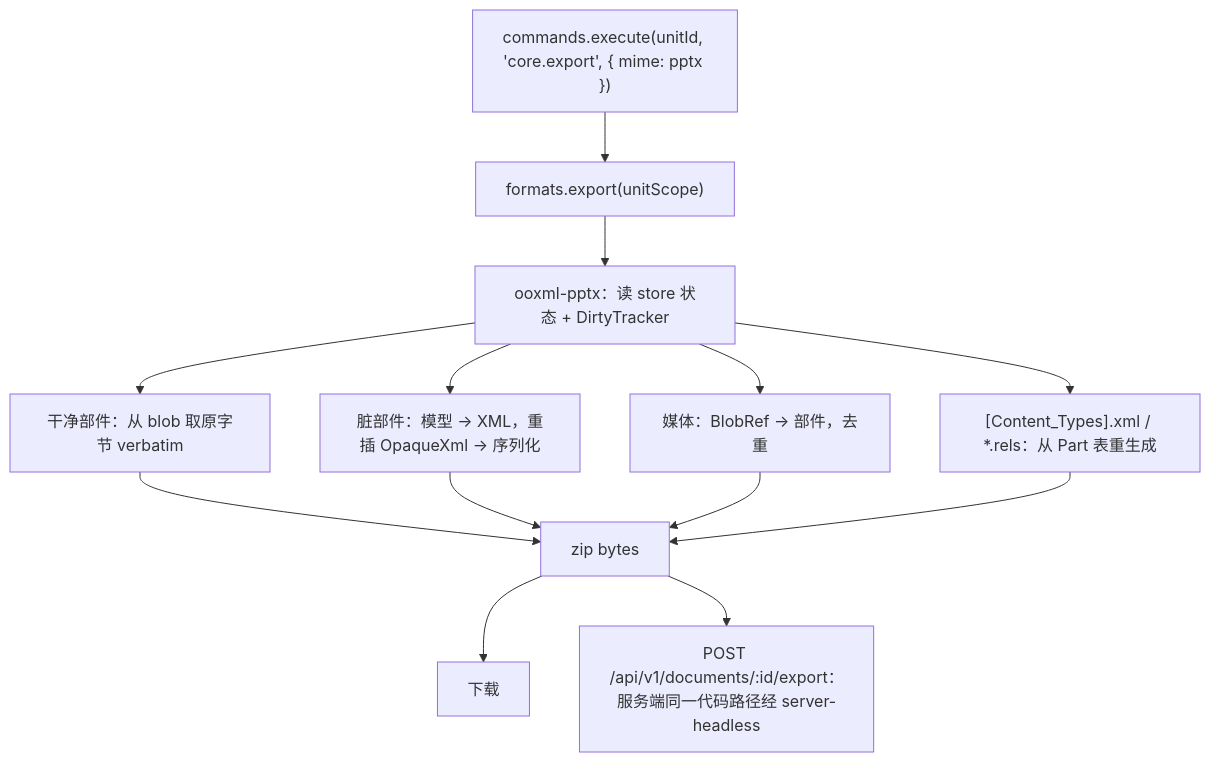
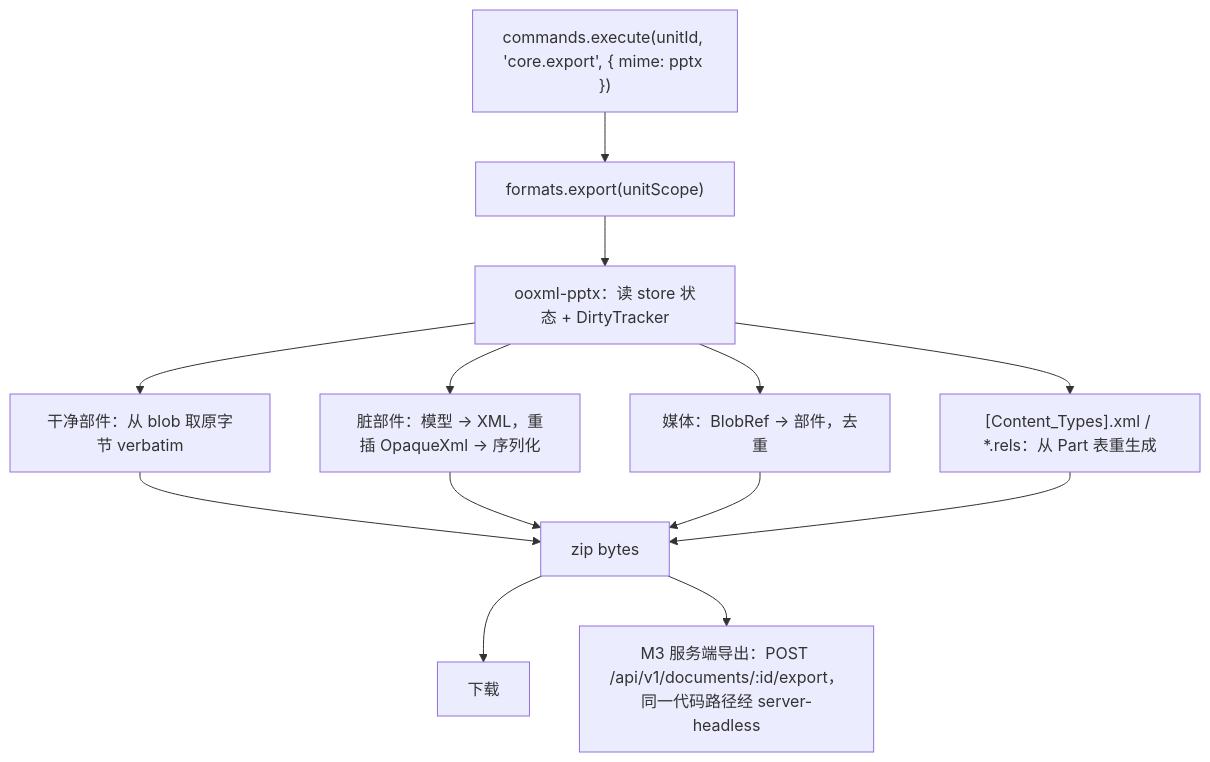
The ninth of 10 diagrams in docs/30-architecture/01-overview.md (Xeonice/cordis-ppt-editor), drawn with Mermaid before and after one commit. The commit also changed other lines of this file and 79 other files, not shown here.

````diff
--- a/docs/30-architecture/01-overview.md
+++ b/docs/30-architecture/01-overview.md
@@ -276,16 +306,16 @@
 ```mermaid
 flowchart TB
   exec["commands.execute#40;unitId, 'core.export', #123; mime: pptx #125;#41;"]
   exec --> fmtExport["formats.export#40;unitScope#41;"]
   fmtExport --> readState["ooxml-pptx：读 store 状态 + DirtyTracker"]
   readState --> clean["干净部件：从 blob 取原字节 verbatim"]
   readState --> dirty["脏部件：模型 → XML，重插 OpaqueXml → 序列化"]
   readState --> media["媒体：BlobRef → 部件，去重"]
   readState --> rels["#91;Content_Types#93;.xml / *.rels：从 Part 表重生成"]
   clean --> zip["zip bytes"]
   dirty --> zip
   media --> zip
   rels --> zip
   zip --> download["下载"]
-  zip --> post["POST /api/v1/documents/:id/export：服务端同一代码路径经 server-headless"]
+  zip --> post["M3 服务端导出：POST /api/v1/documents/:id/export，同一代码路径经 server-headless"]
 ```
````
